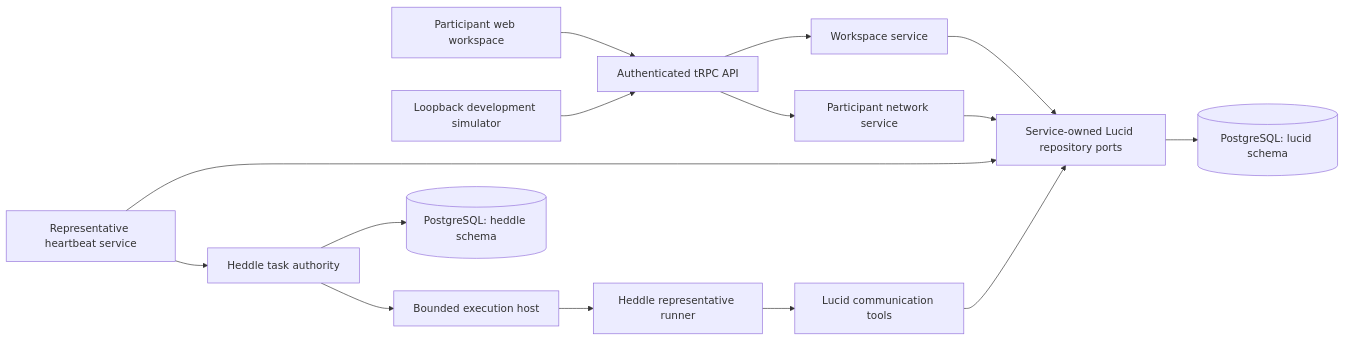
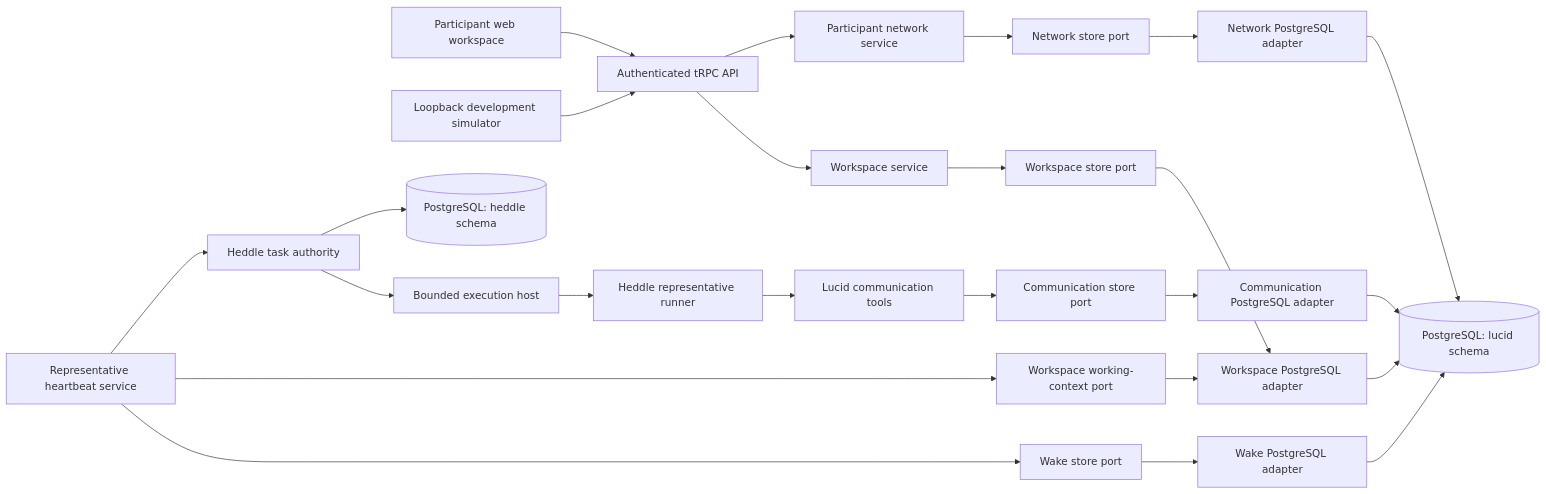
One commit to roackb2/lucid changed the diagram in docs/architecture.md. Above: the diagram before and after it, drawn with Mermaid. The commit also changed other lines of this file and 41 other files, not shown here.

````diff
--- a/docs/architecture.md
+++ b/docs/architecture.md
@@ -8,17 +8,26 @@
 ```mermaid
 flowchart LR
   Browser["Participant web workspace"] --> API["Authenticated tRPC API"]
   Simulator["Loopback development simulator"] --> API
   API --> Workspace["Workspace service"]
   API --> Network["Participant network service"]
-  Workspace --> ProductPorts["Service-owned Lucid repository ports"]
-  Network --> ProductPorts
-  Heartbeat["Representative heartbeat service"] --> ProductPorts
+  Workspace --> WorkspaceStore["Workspace store port"]
+  Network --> NetworkStore["Network store port"]
+  Heartbeat["Representative heartbeat service"] --> WakeStore["Wake store port"]
+  Heartbeat --> WorkingContext["Workspace working-context port"]
   Heartbeat --> Tasks["Heddle task authority"]
   Tasks --> Host["Bounded execution host"]
   Host --> Runner["Heddle representative runner"]
   Runner --> Tools["Lucid communication tools"]
-  Tools --> ProductPorts
-  ProductPorts --> LucidSchema[("PostgreSQL: lucid schema")]
+  Tools --> CommunicationStore["Communication store port"]
+  WorkspaceStore --> WorkspaceAdapter["Workspace PostgreSQL adapter"]
+  WorkingContext --> WorkspaceAdapter
+  NetworkStore --> NetworkAdapter["Network PostgreSQL adapter"]
+  WakeStore --> WakeAdapter["Wake PostgreSQL adapter"]
+  CommunicationStore --> CommunicationAdapter["Communication PostgreSQL adapter"]
+  WorkspaceAdapter --> LucidSchema[("PostgreSQL: lucid schema")]
+  NetworkAdapter --> LucidSchema
+  WakeAdapter --> LucidSchema
+  CommunicationAdapter --> LucidSchema
   Tasks --> HeddleSchema[("PostgreSQL: heddle schema")]
 ```
````
